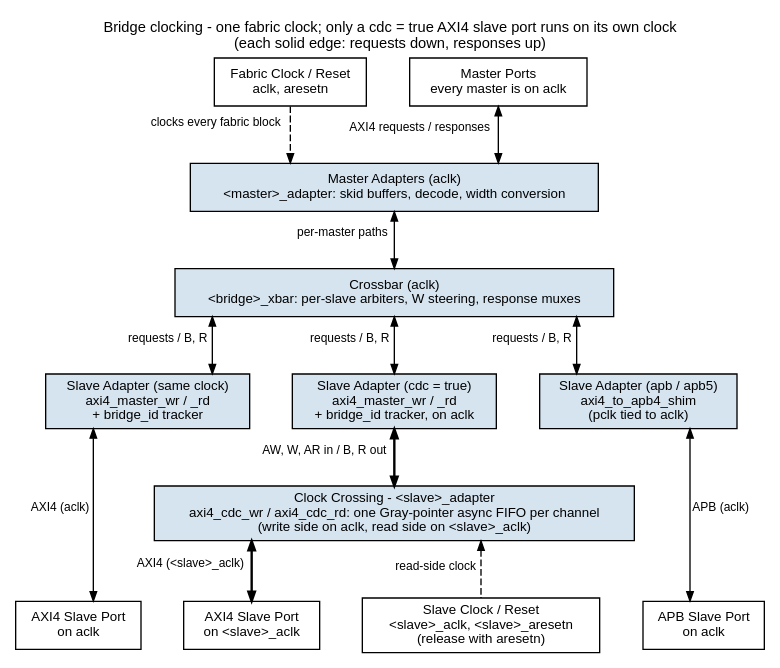
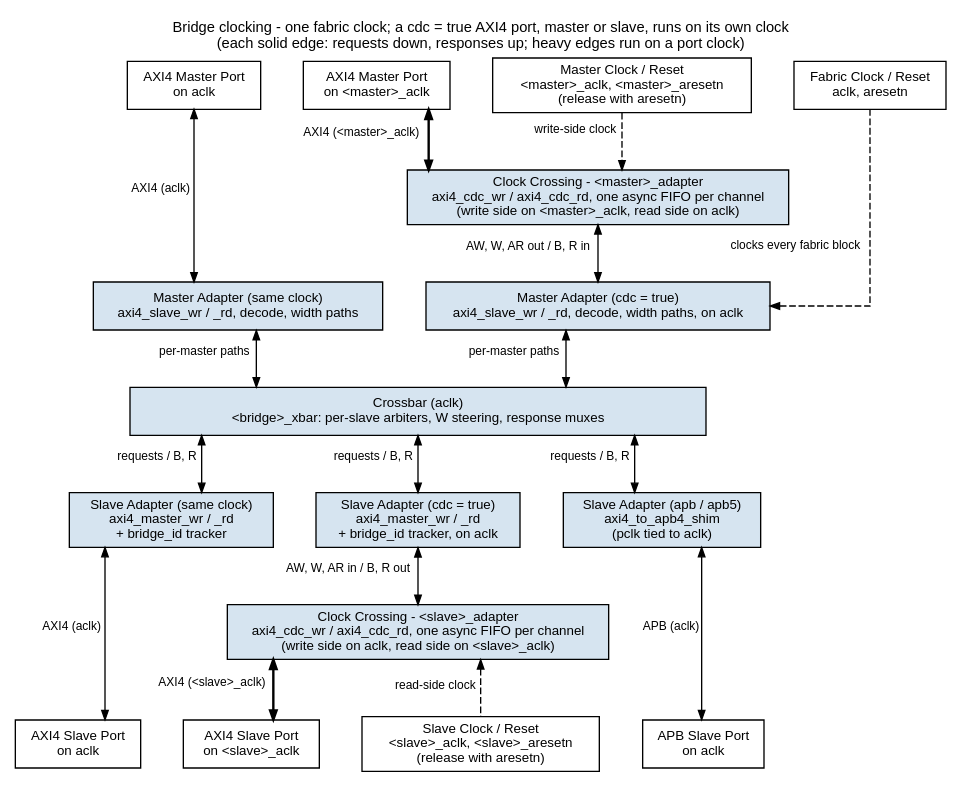
Before and after one commit to sean-galloway/RTLDesignSherpa: the diagram in projects/components/fabric-gen-ip/bridge/docs/bridge_has/assets/graphviz/clock_distribution.dot, drawn with Graphviz. The commit also changed 123 other files, not shown here.

First line of the commit message:
docs(bridge): rev 1.2 -- CAM pipelining, master CDC, benchmark, re-measured synthesis

```diff
--- a/projects/components/fabric-gen-ip/bridge/docs/bridge_has/assets/graphviz/clock_distribution.dot
+++ b/projects/components/fabric-gen-ip/bridge/docs/bridge_has/assets/graphviz/clock_distribution.dot
@@ -1,52 +1,66 @@
-// Bridge clocking (HAS 4.1): one fabric clock; a cdc = true AXI4 slave port
-// crosses inside its slave adapter. Labels from rtl/generated/bridge_2x2_rw_cdc/
-// ddr_adapter.sv (axi4_cdc_wr / _rd, s_aclk = aclk, m_aclk = <slave>_aclk) and
-// bridge_2x3_apb_req/periph_adapter.sv (axi4_to_apb4_shim, pclk tied to aclk).
+// Bridge clocking (HAS 4.1): one fabric clock; a cdc = true AXI4 port --
+// master (GitHub #119 L2) or slave (bridge TASK-006) -- crosses inside its
+// adapter. Labels from rtl/generated/bridge_3x2_rw_mcdc/: cpu_adapter.sv
+// (axi4_cdc_wr / _rd, s_aclk = ext_aclk = <master>_aclk, m_aclk = aclk, ahead
+// of the timing wrapper) and ddr_adapter.sv (s_aclk = aclk, m_aclk =
+// <slave>_aclk, behind it); bridge_2x3_apb_req/periph_adapter.sv
+// (axi4_to_apb4_shim, pclk tied to aclk).
 // House style: vault/handbook/authoring/block-diagrams.md
 digraph clock_distribution {
     graph [rankdir=TB, bgcolor="white", fontname="Helvetica", fontsize=11,
            nodesep="0.45", ranksep="0.60", splines=ortho, labelloc=t,
-           label="Bridge clocking - one fabric clock; only a cdc = true AXI4 slave port runs on its own clock\n(each solid edge: requests down, responses up)"];
+           label="Bridge clocking - one fabric clock; a cdc = true AXI4 port, master or slave, runs on its own clock\n(each solid edge: requests down, responses up; heavy edges run on a port clock)"];
     node  [fontname="Helvetica", fontsize=10, shape=box, style=filled,
            fillcolor="#D6E4F0", color="black", margin="0.12,0.06"];
     edge  [fontname="Helvetica", fontsize=9, color="black", arrowsize=0.7];
 
-    mports [label="Master Ports\nevery master is on aclk", fillcolor="white"];
-    clk    [label="Fabric Clock / Reset\naclk, aresetn", fillcolor="white"];
-    { rank=same; clk; mports; }
-    clk -> mports [style=invis];
+    // ---- master side (top) ----
+    mp0   [label="AXI4 Master Port\non aclk", fillcolor="white"];
+    mp1   [label="AXI4 Master Port\non <master>_aclk", fillcolor="white"];
+    mclk  [label="Master Clock / Reset\n<master>_aclk, <master>_aresetn\n(release with aresetn)", fillcolor="white"];
+    clk   [label="Fabric Clock / Reset\naclk, aresetn", fillcolor="white"];
+    { rank=same; mp0; mp1; mclk; clk; }
+    mp0 -> mp1 -> mclk -> clk [style=invis];
 
-    {
-        madp [label="Master Adapters (aclk)\n<master>_adapter: skid buffers, decode, width conversion"];
-        xbar [label="Crossbar (aclk)\n<bridge>_xbar: per-slave arbiters, W steering, response muxes"];
-        sa0  [label="Slave Adapter (same clock)\naxi4_master_wr / _rd\n+ bridge_id tracker"];
-        sa1  [label="Slave Adapter (cdc = true)\naxi4_master_wr / _rd\n+ bridge_id tracker, on aclk"];
-        sa2  [label="Slave Adapter (apb / apb5)\naxi4_to_apb4_shim\n(pclk tied to aclk)"];
-        { rank=same; sa0; sa1; sa2; }
-        sa0 -> sa1 -> sa2 [style=invis];
-    }
+    mcdc  [label="Clock Crossing - <master>_adapter\naxi4_cdc_wr / axi4_cdc_rd, one async FIFO per channel\n(write side on <master>_aclk, read side on aclk)"];
+    madp0 [label="Master Adapter (same clock)\naxi4_slave_wr / _rd, decode, width paths"];
+    madp1 [label="Master Adapter (cdc = true)\naxi4_slave_wr / _rd, decode, width paths, on aclk"];
+    { rank=same; madp0; madp1; }
+    madp0 -> madp1 [style=invis];
 
-    cdc [label="Clock Crossing - <slave>_adapter\naxi4_cdc_wr / axi4_cdc_rd: one Gray-pointer async FIFO per channel\n(write side on aclk, read side on <slave>_aclk)", width=5];
+    xbar [label="Crossbar (aclk)\n<bridge>_xbar: per-slave arbiters, W steering, response muxes", width=6];
 
-    {
-        sp1  [label="AXI4 Slave Port\non <slave>_aclk", fillcolor="white"];
-        sclk [label="Slave Clock / Reset\n<slave>_aclk, <slave>_aresetn\n(release with aresetn)", fillcolor="white"];
-    }
-    sp0 [label="AXI4 Slave Port\non aclk", fillcolor="white"];
-    sp2 [label="APB Slave Port\non aclk", fillcolor="white"];
+    sa0  [label="Slave Adapter (same clock)\naxi4_master_wr / _rd\n+ bridge_id tracker"];
+    sa1  [label="Slave Adapter (cdc = true)\naxi4_master_wr / _rd\n+ bridge_id tracker, on aclk"];
+    sa2  [label="Slave Adapter (apb / apb5)\naxi4_to_apb4_shim\n(pclk tied to aclk)"];
+    { rank=same; sa0; sa1; sa2; }
+    sa0 -> sa1 -> sa2 [style=invis];
+
+    scdc [label="Clock Crossing - <slave>_adapter\naxi4_cdc_wr / axi4_cdc_rd, one async FIFO per channel\n(write side on aclk, read side on <slave>_aclk)"];
+
+    sp0  [label="AXI4 Slave Port\non aclk", fillcolor="white"];
+    sp1  [label="AXI4 Slave Port\non <slave>_aclk", fillcolor="white"];
+    sclk [label="Slave Clock / Reset\n<slave>_aclk, <slave>_aresetn\n(release with aresetn)", fillcolor="white"];
+    sp2  [label="APB Slave Port\non aclk", fillcolor="white"];
     { rank=same; sp0; sp1; sclk; sp2; }
     sp0 -> sp1 -> sclk -> sp2 [style=invis];
 
+    // request flow down, responses back up (dir=both)
+    mp0   -> madp0 [dir=both, xlabel="AXI4 (aclk)"];
+    mp1   -> mcdc  [dir=both, penwidth=1.8, xlabel="AXI4 (<master>_aclk)"];
+    mcdc  -> madp1 [dir=both, xlabel="AW, W, AR out / B, R in"];
+    madp0 -> xbar  [dir=both, xlabel="per-master paths"];
+    madp1 -> xbar  [dir=both, xlabel="per-master paths"];
+    xbar  -> sa0   [dir=both, xlabel="requests / B, R"];
+    xbar  -> sa1   [dir=both, xlabel="requests / B, R"];
+    xbar  -> sa2   [dir=both, xlabel="requests / B, R"];
+    sa0   -> sp0   [dir=both, xlabel="AXI4 (aclk)"];
+    sa1   -> scdc  [dir=both, xlabel="AW, W, AR in / B, R out"];
+    scdc  -> sp1   [dir=both, penwidth=1.8, xlabel="AXI4 (<slave>_aclk)"];
+    sa2   -> sp2   [dir=both, xlabel="APB (aclk)"];
 
-    clk    -> madp [style=dashed, xlabel="clocks every fabric block"];
-    mports -> madp [dir=both, xlabel="AXI4 requests / responses"];
-    madp   -> xbar [dir=both, xlabel="per-master paths"];
-    xbar   -> sa0  [dir=both, xlabel="requests / B, R"];
-    xbar   -> sa1  [dir=both, xlabel="requests / B, R"];
-    xbar   -> sa2  [dir=both, xlabel="requests / B, R"];
-    sa0    -> sp0  [dir=both, xlabel="AXI4 (aclk)"];
-    sa1    -> cdc  [dir=both, penwidth=1.8, xlabel="AW, W, AR in / B, R out"];
-    cdc    -> sp1  [dir=both, penwidth=1.8, xlabel="AXI4 (<slave>_aclk)"];
-    sa2    -> sp2  [dir=both, xlabel="APB (aclk)"];
-    cdc    -> sclk [style=dashed, dir=back, xlabel="read-side clock"];
+    // clocks: dashed, short
+    mclk  -> mcdc  [style=dashed, xlabel="write-side clock"];
+    clk   -> madp1 [style=dashed, xlabel="clocks every fabric block"];
+    scdc  -> sclk  [style=dashed, dir=back, xlabel="read-side clock"];
 }
```
